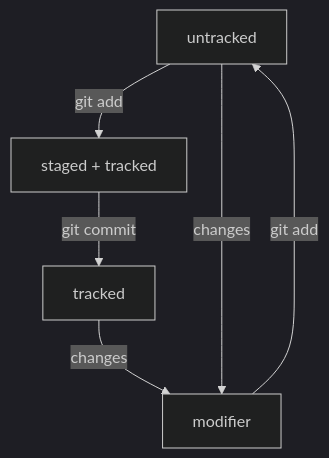
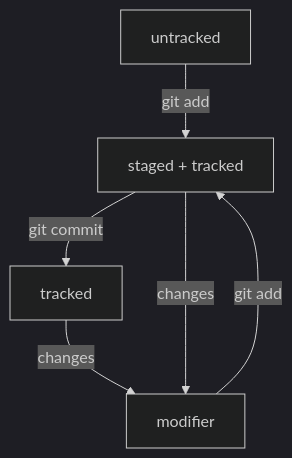
One commit to KodiMaberek/CheatSheet changed the diagram in README.md. Above: the diagram before and after it, drawn with Mermaid (dark theme). The commit also changed other lines of this file, not shown here.

````diff
--- a/README.md
+++ b/README.md
@@ -33,8 +33,8 @@
 ```mermaid
 flowchart TD;
 A[untracked] -- git add --> B[staged + tracked];
 B -- git commit --> C[tracked];
 C -- changes --> D[modifier];
-D -- git add --> A;
-A -- changes --> D;
+D -- git add --> B;
+B -- changes --> D;
 ```
````
